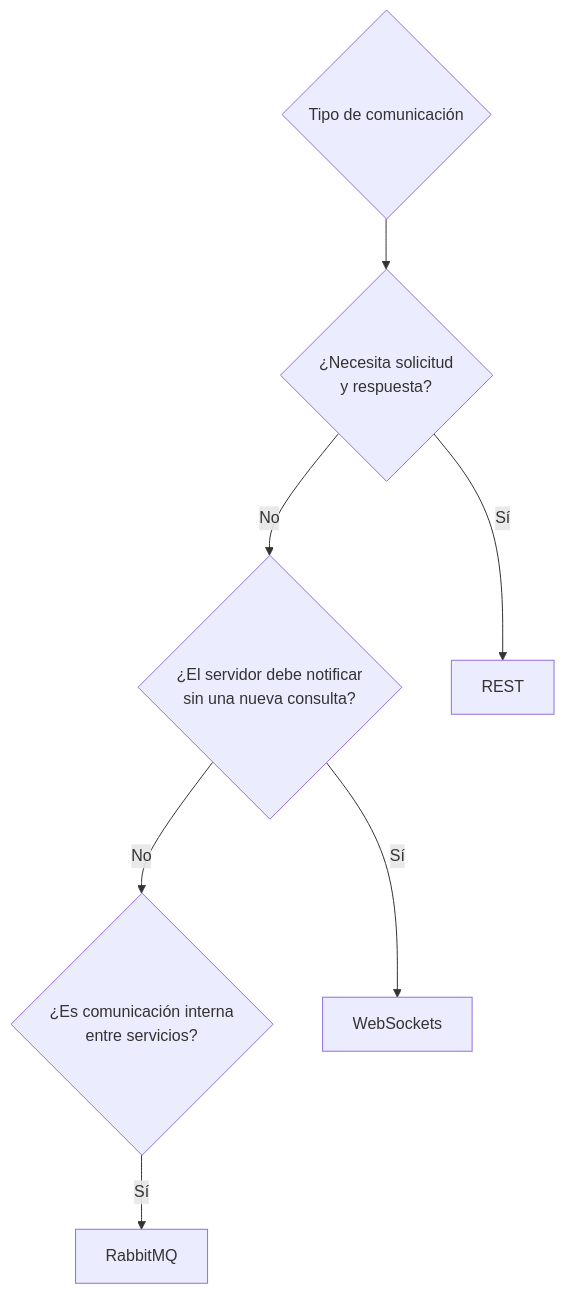
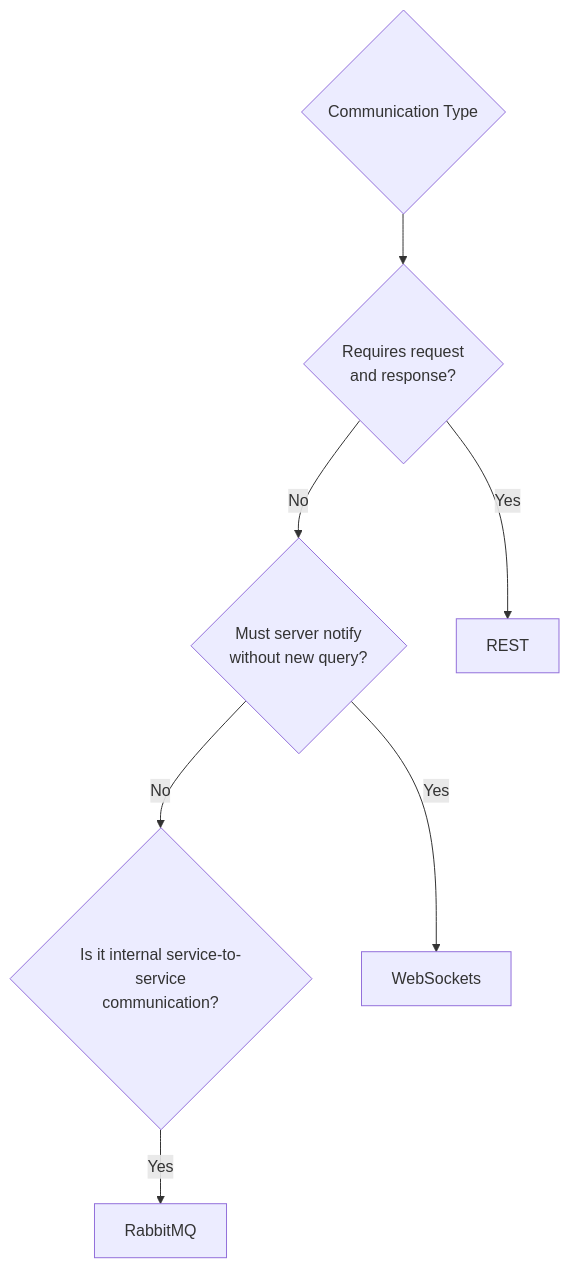
One commit to migueval/software-engineering changed diagram 13 of 29 in Connectivity Strategies in Distributed Systems/ARCHITECTURE.md. Above: the diagram before and after it, drawn with Mermaid. The commit also changed other lines of this file and 19 other files, not shown here.

````diff
--- a/Connectivity Strategies in Distributed Systems/ARCHITECTURE.md
+++ b/Connectivity Strategies in Distributed Systems/ARCHITECTURE.md
@@ -689,23 +689,23 @@
 ```mermaid
 flowchart TD
 
-    OPERATION{"Tipo de comunicación"}
+    OPERATION{"Communication Type"}
 
-    REQUEST{"¿Necesita solicitud<br/>y respuesta?"}
-    IMMEDIATE{"¿El servidor debe notificar<br/>sin una nueva consulta?"}
-    INTERNAL{"¿Es comunicación interna<br/>entre servicios?"}
+    REQUEST{"Requires request<br/>and response?"}
+    IMMEDIATE{"Must server notify<br/>without new query?"}
+    INTERNAL{"Is it internal service-to-service<br/>communication?"}
 
     REST["REST"]
     WS["WebSockets"]
     MQ["RabbitMQ"]
 
     OPERATION --> REQUEST
 
-    REQUEST -->|"Sí"| REST
+    REQUEST -->|"Yes"| REST
     REQUEST -->|"No"| IMMEDIATE
 
-    IMMEDIATE -->|"Sí"| WS
+    IMMEDIATE -->|"Yes"| WS
     IMMEDIATE -->|"No"| INTERNAL
 
-    INTERNAL -->|"Sí"| MQ
+    INTERNAL -->|"Yes"| MQ
 ```
````
